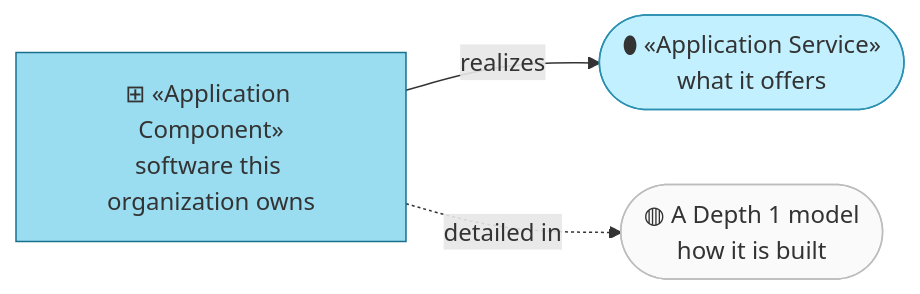
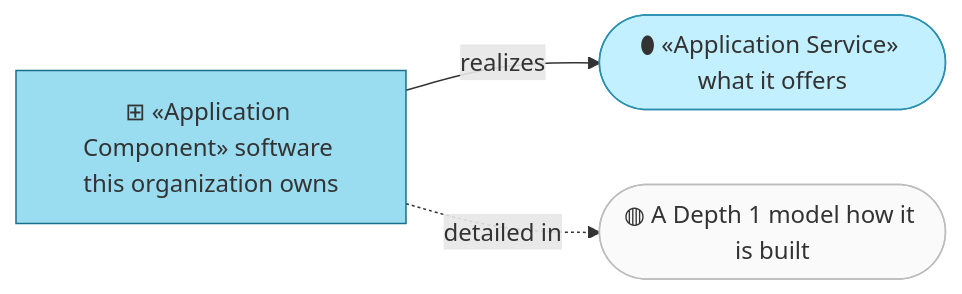
One commit to roanboc/architecture-archreator changed the first of 2 diagrams in org-archreator/architecture/4_application/2_application-components.md. Above: the diagram before and after it, drawn with Mermaid. The commit also changed other lines of this file and 38 other files, not shown here.

````diff
--- a/org-archreator/architecture/4_application/2_application-components.md
+++ b/org-archreator/architecture/4_application/2_application-components.md
@@ -12,13 +12,13 @@
 ```mermaid
 flowchart LR
-  acmp["⊞ «Application Component»<br>software this organization owns"]:::component
-  asvc(["⬮ «Application Service»<br>what it offers"]):::appservice
-  model(["◍ A Depth 1 model<br>how it is built"]):::external
+  acmp["⊞ «Application Component» software this organization owns"]:::component
+  asvc(["⬮ «Application Service» what it offers"]):::appservice
+  model(["◍ A Depth 1 model how it is built"]):::external
 
   acmp -->|realizes| asvc
   acmp -.->|detailed in| model
 
   classDef component fill:#9adcf0,stroke:#1a6f8c,color:#333
   classDef appservice fill:#c2f0ff,stroke:#2a8fb0,color:#333
   classDef external fill:#fafafa,stroke:#bdbdbd,color:#333
 ```
````
